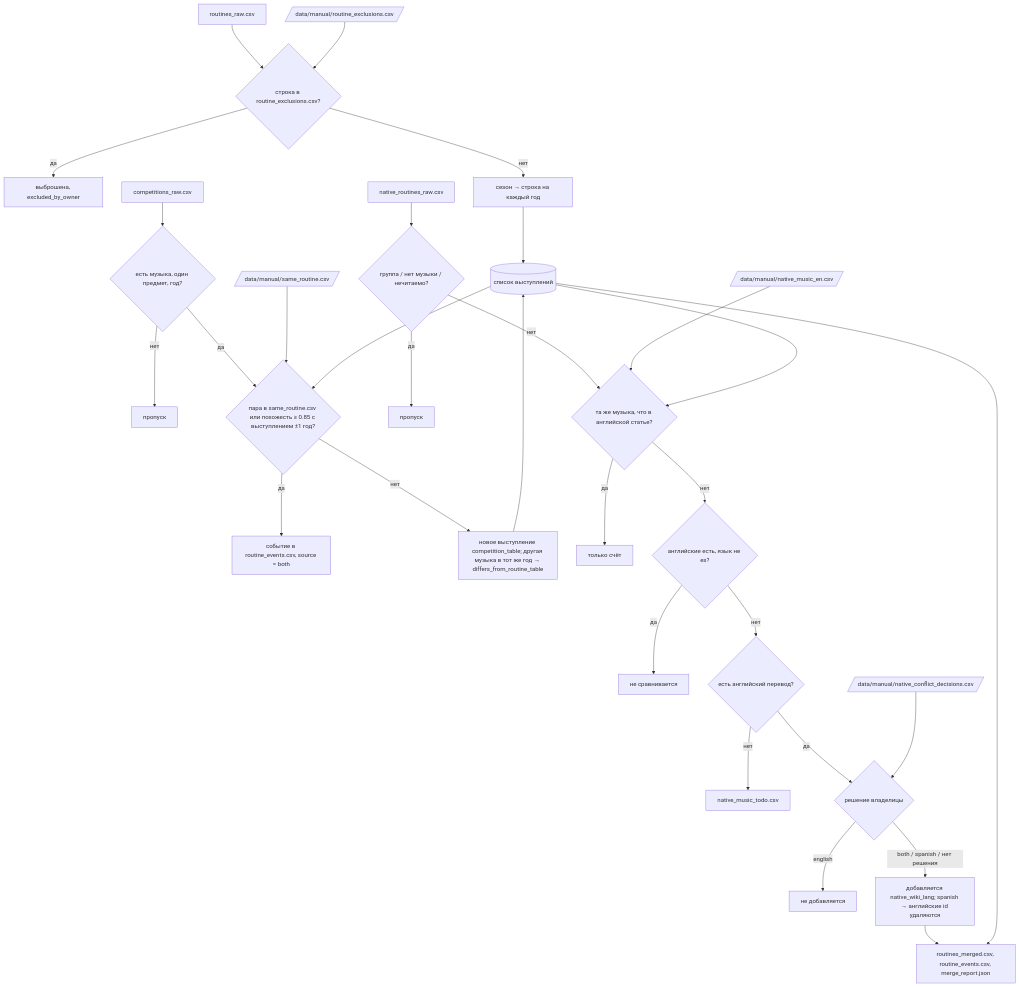
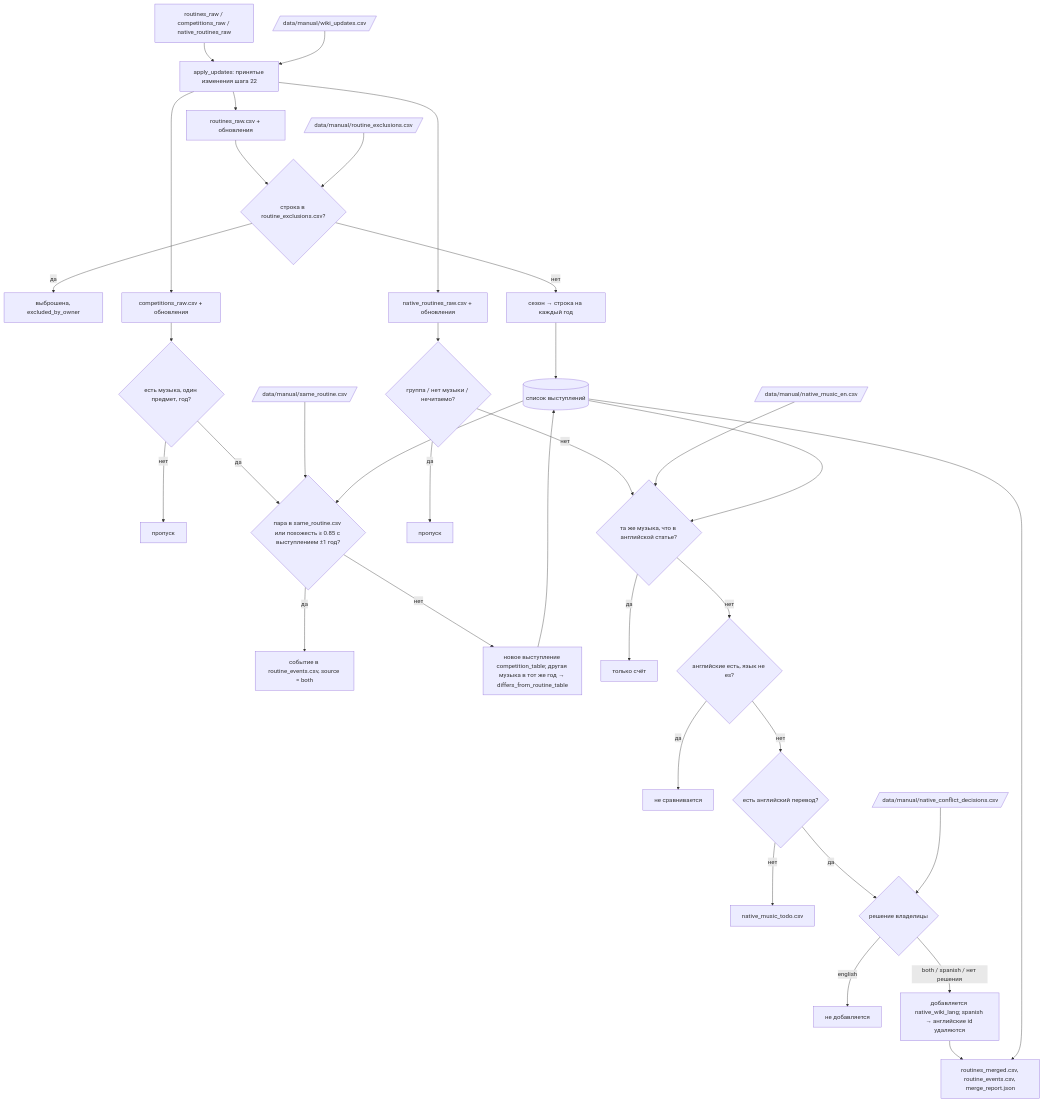
Before and after one commit to BorisenkoAnna1193/rg-music-catalog: the diagram in docs/steps/rg_music_cat_doc_step_7.md, drawn with Mermaid. The commit also changed other lines of this file and 27 other files, not shown here.

````diff
--- a/docs/steps/rg_music_cat_doc_step_7.md
+++ b/docs/steps/rg_music_cat_doc_step_7.md
@@ -74,32 +79,37 @@
 ```mermaid
 flowchart TD
-  R[routines_raw.csv] --> X{строка в routine_exclusions.csv?}
+  RAW0[routines_raw / competitions_raw / native_routines_raw] --> U[apply_updates: принятые изменения шага 22]
+  WU[/data/manual/wiki_updates.csv/] --> U
+  U --> R[routines_raw.csv + обновления]
+  R --> X{строка в routine_exclusions.csv?}
   EX[/data/manual/routine_exclusions.csv/] --> X
   X -->|да| XD[выброшена, excluded_by_owner]
   X -->|нет| S[сезон → строка на каждый год]
   S --> P[(список выступлений)]
-  C[competitions_raw.csv] --> C1{есть музыка, один предмет, год?}
+  U --> C[competitions_raw.csv + обновления]
+  C --> C1{есть музыка, один предмет, год?}
   C1 -->|нет| CS[пропуск]
   C1 -->|да| C2{пара в same_routine.csv или похожесть ≥ 0.85 с выступлением ±1 год?}
   SR[/data/manual/same_routine.csv/] --> C2
   P --> C2
   C2 -->|да| EV[событие в routine_events.csv, source = both]
   C2 -->|нет| CN[новое выступление competition_table; другая музыка в тот же год → differs_from_routine_table]
   CN --> P
-  N[native_routines_raw.csv] --> N1{группа / нет музыки / нечитаемо?}
+  U --> N[native_routines_raw.csv + обновления]
+  N --> N1{группа / нет музыки / нечитаемо?}
   N1 -->|да| NS[пропуск]
   N1 -->|нет| N2{та же музыка, что в английской статье?}
   T[/data/manual/native_music_en.csv/] --> N2
   P --> N2
   N2 -->|да| NC[только счёт]
   N2 -->|нет| N3{английские есть, язык не es?}
   N3 -->|да| NR[не сравнивается]
   N3 -->|нет| N4{есть английский перевод?}
   N4 -->|нет| TD[native_music_todo.csv]
   N4 -->|да| N5{решение владелицы}
   D[/data/manual/native_conflict_decisions.csv/] --> N5
   N5 -->|english| NX[не добавляется]
   N5 -->|both / spanish / нет решения| NA[добавляется native_wiki_lang; spanish → английские id удаляются]
   NA --> OUT[routines_merged.csv, routine_events.csv, merge_report.json]
   P --> OUT
 ```
````
